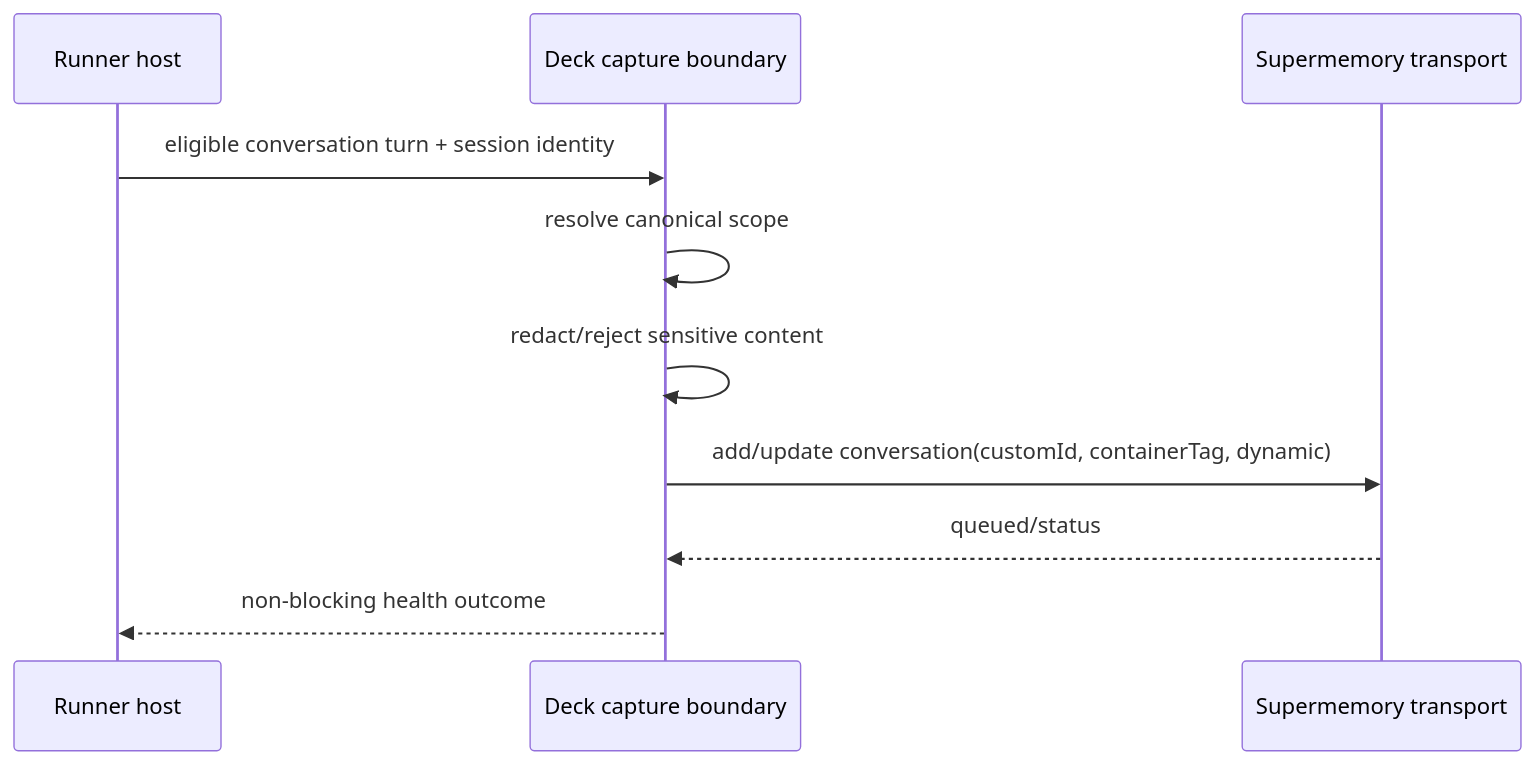
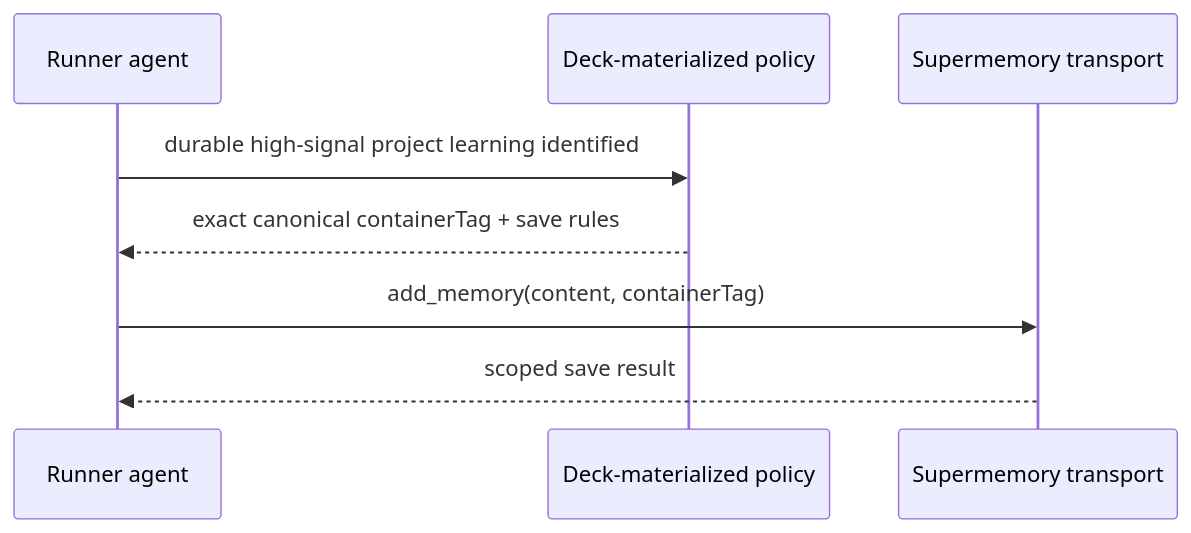
The first of 2 diagrams in openspec/changes/canonical-supermemory-conversation-memory/design.md (kevin15011/deck), drawn with Mermaid before and after one commit. The commit also changed other lines of this file and 100 other files, not shown here.

Commit message:
fix(memory): scope every Supermemory operation

````diff
--- a/openspec/changes/canonical-supermemory-conversation-memory/design.md
+++ b/openspec/changes/canonical-supermemory-conversation-memory/design.md
@@ -53,12 +59,10 @@
 ```mermaid
 sequenceDiagram
-    participant R as Runner host
-    participant D as Deck capture boundary
+    participant R as Runner agent
+    participant D as Deck-materialized policy
     participant S as Supermemory transport
-    R->>D: eligible conversation turn + session identity
-    D->>D: resolve canonical scope
-    D->>D: redact/reject sensitive content
-    D->>S: add/update conversation(customId, containerTag, dynamic)
-    S-->>D: queued/status
-    D-->>R: non-blocking health outcome
+    R->>D: durable high-signal project learning identified
+    D-->>R: exact canonical containerTag + save rules
+    R->>S: add_memory(content, containerTag)
+    S-->>R: scoped save result
 ```
````
